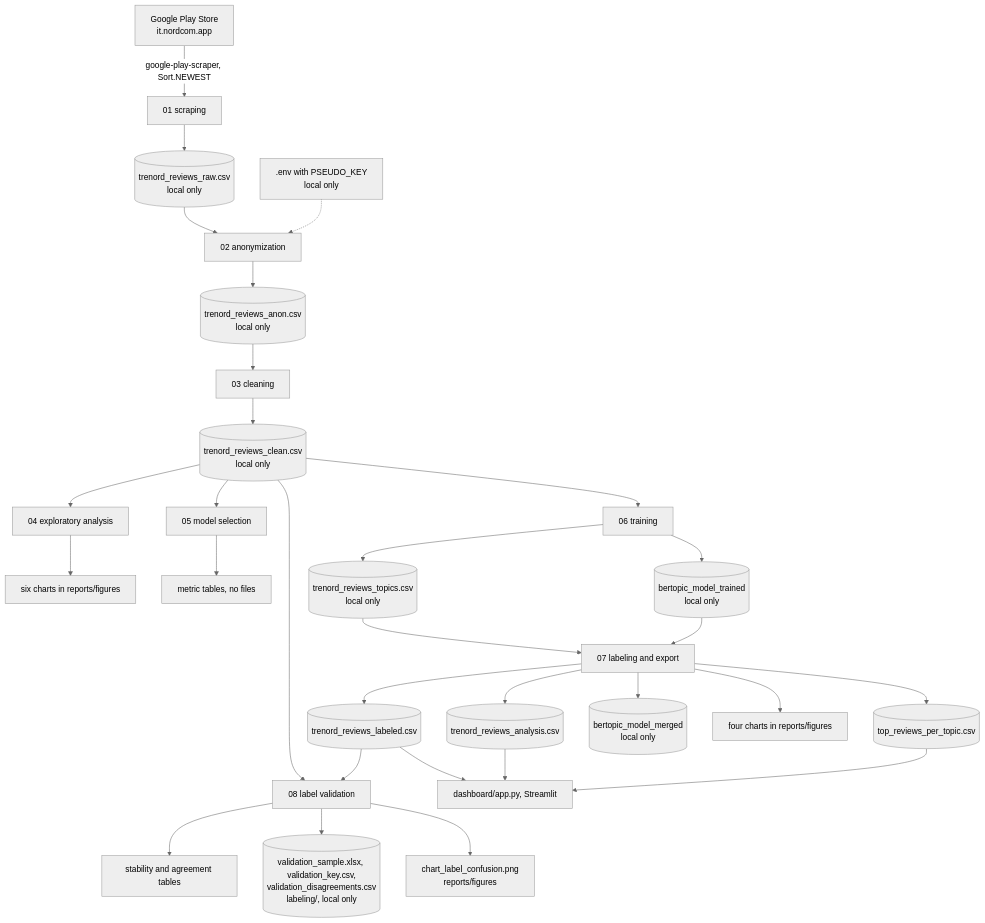
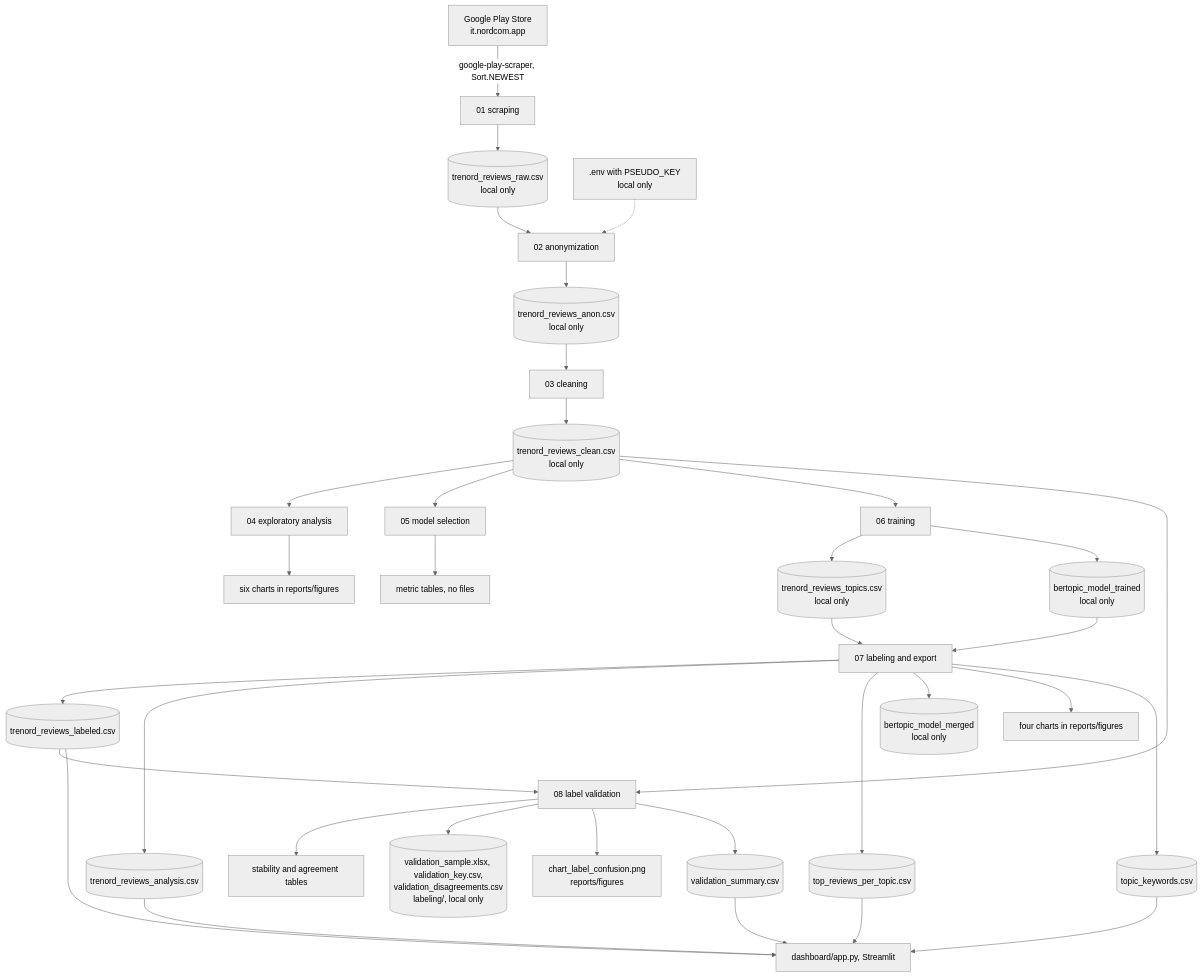
One commit to paolotroia-datavizlab/trenord-reviews-bertopic changed the diagram in docs/architecture.md. Above: the diagram before and after it, drawn with Mermaid (neutral theme). The commit also changed other lines of this file and 13 other files, not shown here.

First line of the commit message:
Rewrite the dashboard as one scrolling page with Trenord colours, save topic keywords and agreement numbers for it

````diff
--- a/docs/architecture.md
+++ b/docs/architecture.md
@@ -33,32 +33,36 @@
 ```mermaid
 flowchart TD
     PS["Google Play Store<br/>it.nordcom.app"] -->|"google-play-scraper, Sort.NEWEST"| N01["01 scraping"]
     N01 --> RAW[("trenord_reviews_raw.csv<br/>local only")]
     RAW --> N02["02 anonymization"]
     ENV[".env with PSEUDO_KEY<br/>local only"] -.-> N02
     N02 --> ANON[("trenord_reviews_anon.csv<br/>local only")]
     ANON --> N03["03 cleaning"]
     N03 --> CLEAN[("trenord_reviews_clean.csv<br/>local only")]
     CLEAN --> N04["04 exploratory analysis"]
     N04 --> PNG["six charts in reports/figures"]
     CLEAN --> N05["05 model selection"]
     N05 --> TABLES["metric tables, no files"]
     CLEAN --> N06["06 training"]
     N06 --> TOPICS[("trenord_reviews_topics.csv<br/>local only")]
     N06 --> MODEL[("bertopic_model_trained<br/>local only")]
     TOPICS --> N07["07 labeling and export"]
     MODEL --> N07
     N07 --> LAB[("trenord_reviews_labeled.csv")]
     N07 --> ANA[("trenord_reviews_analysis.csv")]
     N07 --> TOP[("top_reviews_per_topic.csv")]
     N07 --> FINAL[("bertopic_model_merged<br/>local only")]
     N07 --> PNG2["four charts in reports/figures"]
+    N07 --> KW[("topic_keywords.csv")]
     CLEAN --> N08["08 label validation"]
     LAB --> N08
     N08 --> STAB["stability and agreement tables"]
     N08 --> SAMPLE[("validation_sample.xlsx, validation_key.csv,<br/>validation_disagreements.csv<br/>labeling/, local only")]
     N08 --> PNG3["chart_label_confusion.png<br/>reports/figures"]
+    N08 --> VS[("validation_summary.csv")]
     LAB --> DASH["dashboard/app.py, Streamlit"]
     ANA --> DASH
     TOP --> DASH
+    KW --> DASH
+    VS --> DASH
 ```
````
